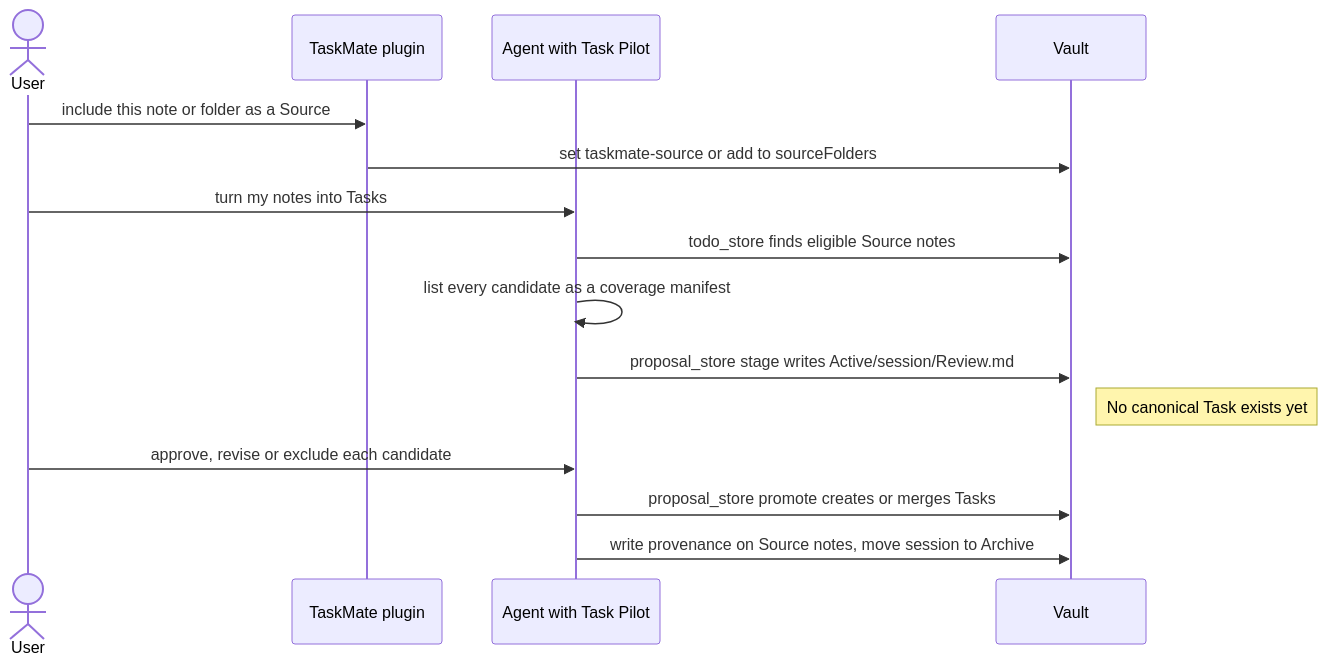
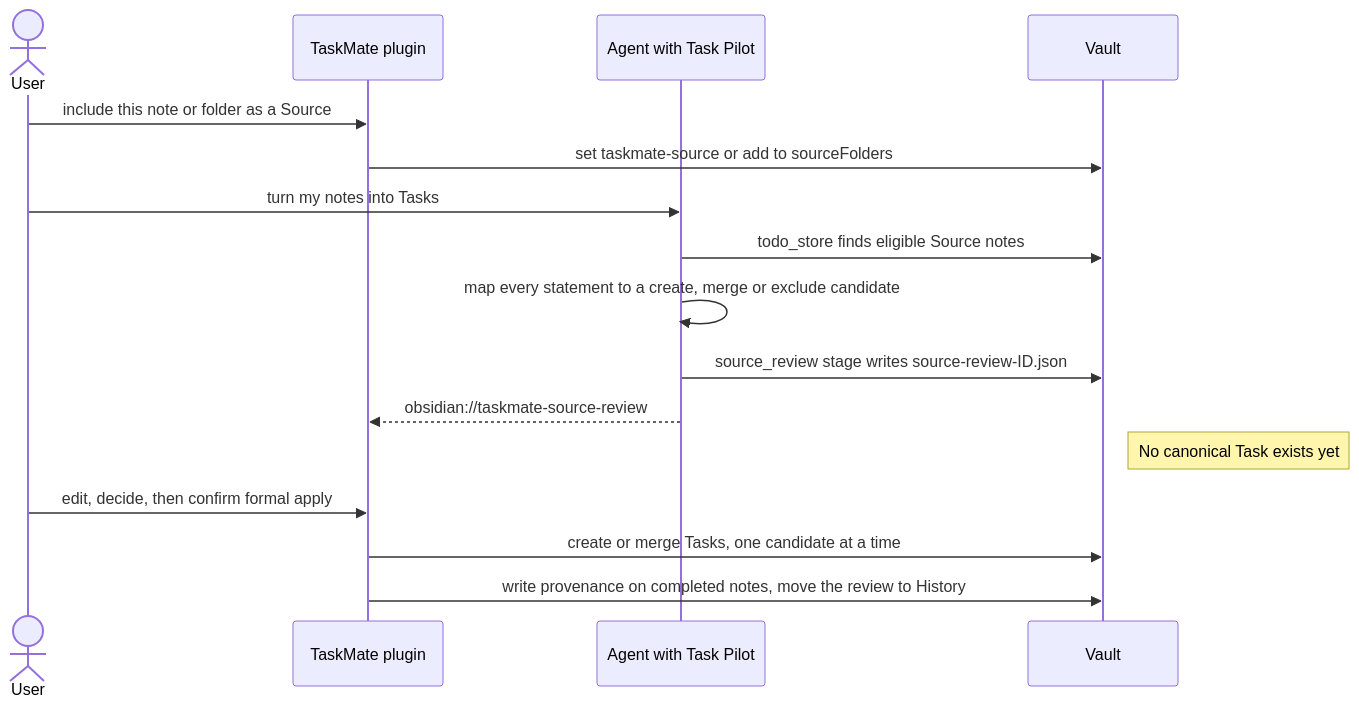
The ninth of 9 diagrams in docs/engineering/design/system-overview.md (tempu-village/taskmate), drawn with Mermaid before and after one commit. The commit also changed other lines of this file and 19 other files, not shown here.

First line of the commit message:
Retire the legacy Source review path

````diff
--- a/docs/engineering/design/system-overview.md
+++ b/docs/engineering/design/system-overview.md
@@ -528,18 +528,19 @@
 ```mermaid
 sequenceDiagram
   actor User
   participant Plugin as TaskMate plugin
   participant Agent as Agent with Task Pilot
   participant Vault
 
   User->>Plugin: include this note or folder as a Source
   Plugin->>Vault: set taskmate-source or add to sourceFolders
   User->>Agent: turn my notes into Tasks
   Agent->>Vault: todo_store finds eligible Source notes
-  Agent->>Agent: list every candidate as a coverage manifest
-  Agent->>Vault: proposal_store stage writes Active/session/Review.md
+  Agent->>Agent: map every statement to a create, merge or exclude candidate
+  Agent->>Vault: source_review stage writes source-review-ID.json
+  Agent-->>Plugin: obsidian://taskmate-source-review
   Note right of Vault: No canonical Task exists yet
-  User->>Agent: approve, revise or exclude each candidate
-  Agent->>Vault: proposal_store promote creates or merges Tasks
-  Agent->>Vault: write provenance on Source notes, move session to Archive
+  User->>Plugin: edit, decide, then confirm formal apply
+  Plugin->>Vault: create or merge Tasks, one candidate at a time
+  Plugin->>Vault: write provenance on completed notes, move the review to History
 ```
````
